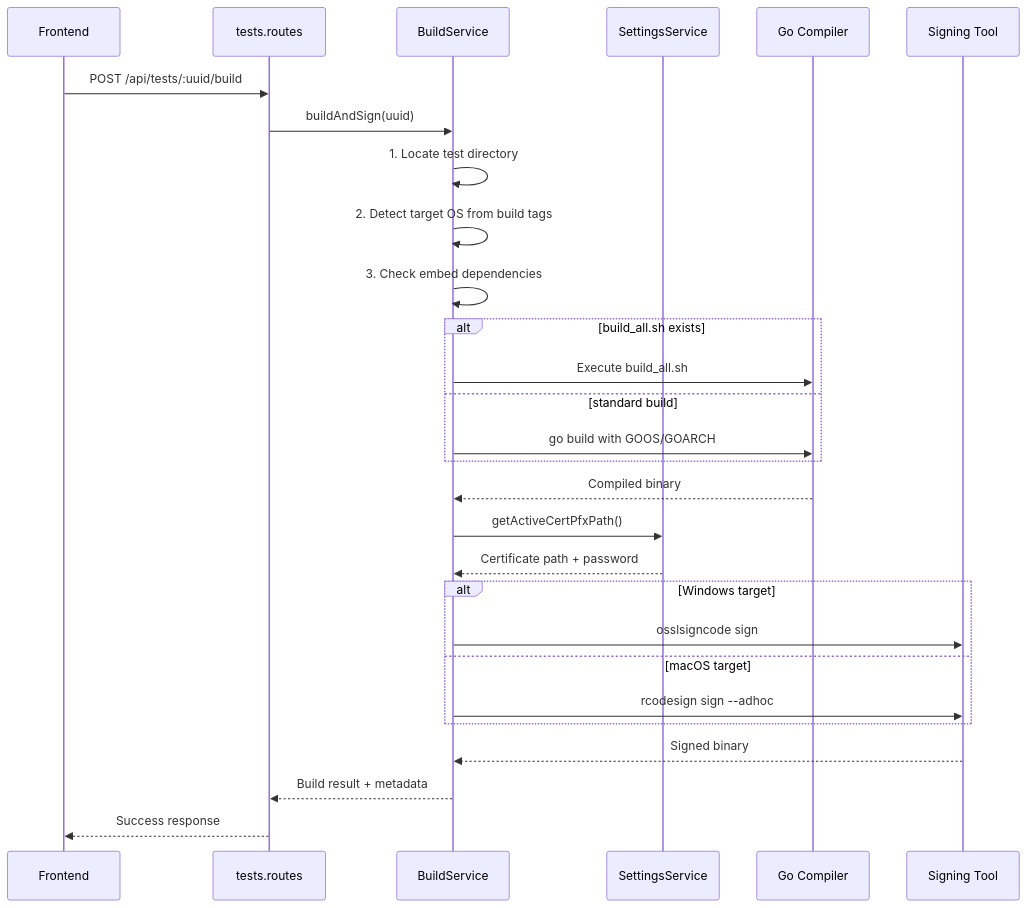
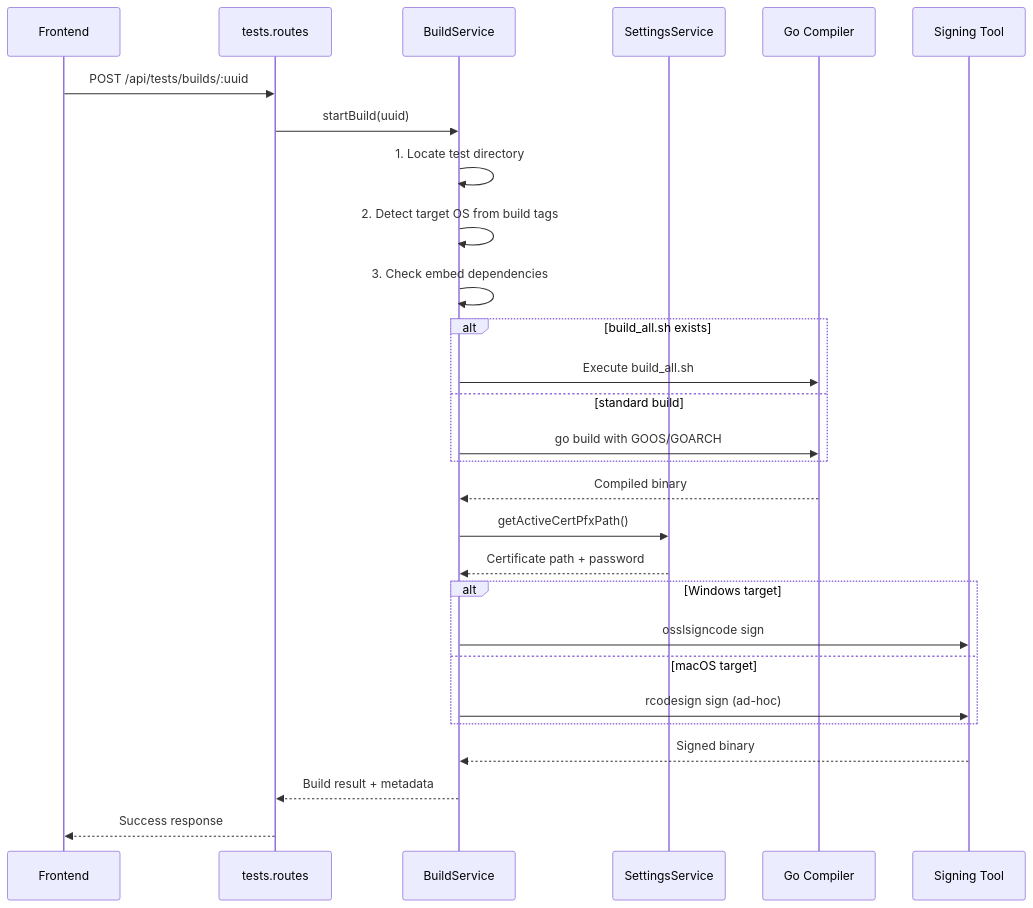
Before and after one commit to projectachilles/ProjectAchilles: the second of 3 diagrams in wiki/docs/developer-guide/backend/test-management-service.md, drawn with Mermaid. The commit also changed other lines of this file and 136 other files, not shown here.

````diff
--- a/wiki/docs/developer-guide/backend/test-management-service.md
+++ b/wiki/docs/developer-guide/backend/test-management-service.md
@@ -55,31 +55,31 @@
 ```mermaid
 sequenceDiagram
     participant UI as Frontend
     participant API as tests.routes
     participant BS as BuildService
     participant SS as SettingsService
     participant GO as Go Compiler
     participant SIGN as Signing Tool
 
-    UI->>API: POST /api/tests/:uuid/build
-    API->>BS: buildAndSign(uuid)
+    UI->>API: POST /api/tests/builds/:uuid
+    API->>BS: startBuild(uuid)
     BS->>BS: 1. Locate test directory
     BS->>BS: 2. Detect target OS from build tags
     BS->>BS: 3. Check embed dependencies
     alt build_all.sh exists
         BS->>GO: Execute build_all.sh
     else standard build
         BS->>GO: go build with GOOS/GOARCH
     end
     GO-->>BS: Compiled binary
     BS->>SS: getActiveCertPfxPath()
     SS-->>BS: Certificate path + password
     alt Windows target
         BS->>SIGN: osslsigncode sign
     else macOS target
-        BS->>SIGN: rcodesign sign --adhoc
+        BS->>SIGN: rcodesign sign (ad-hoc)
     end
     SIGN-->>BS: Signed binary
     BS-->>API: Build result + metadata
     API-->>UI: Success response
 ```
````
